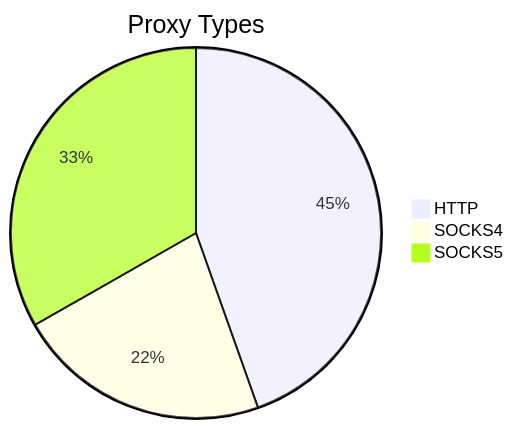
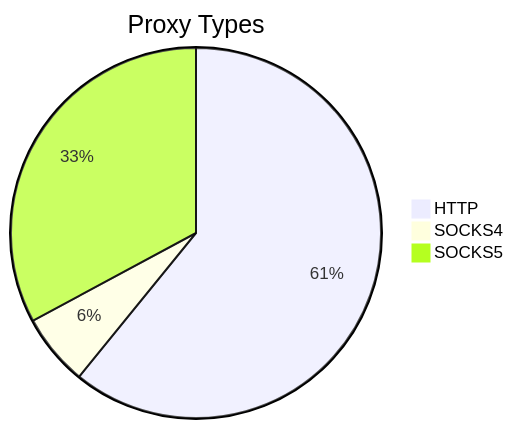
One commit to stormsia/proxy-list changed the first of 2 diagrams in README.md. Above: the diagram before and after it, drawn with Mermaid. The commit also changed other lines of this file, not shown here.

````diff
--- a/README.md
+++ b/README.md
@@ -21,6 +21,6 @@
 ```mermaid
 pie title Proxy Types
-    "HTTP" : 197
-    "SOCKS4" : 98
-    "SOCKS5" : 147
+    "HTTP" : 126
+    "SOCKS4" : 13
+    "SOCKS5" : 68
 ```
````
